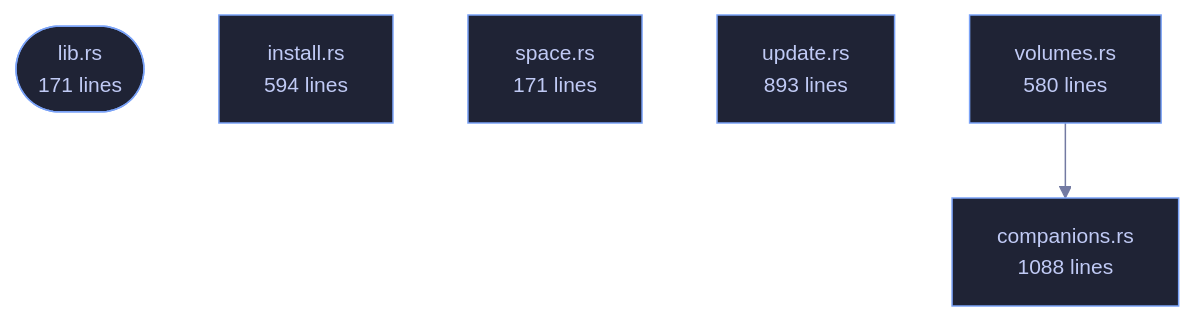
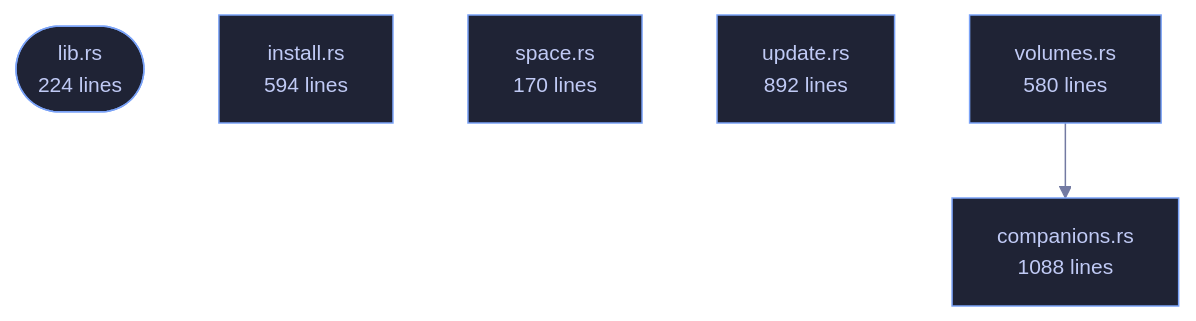
Before and after one commit to tilas01/veilvoice: the diagram in crates/veilvoice-setup/README.md, drawn with Mermaid. The commit also changed other lines of this file and 34 other files, not shown here.

````diff
--- a/crates/veilvoice-setup/README.md
+++ b/crates/veilvoice-setup/README.md
@@ -103,17 +108,17 @@
 ```mermaid
 %%{init: {"theme":"base","themeVariables":{"background":"#1a1b26","primaryColor":"#1f2335","primaryTextColor":"#c0caf5","primaryBorderColor":"#7aa2f7","secondaryColor":"#16161e","tertiaryColor":"#16161e","lineColor":"#737aa2","textColor":"#c0caf5","mainBkg":"#1f2335","nodeBorder":"#7aa2f7","clusterBkg":"#16161e","clusterBorder":"#2f3549","fontFamily":"ui-monospace, SFMono-Regular, Consolas, monospace","fontSize":"14px"}}}%%
 flowchart TD
-    n_lib(["lib.rs<br/>171 lines"])
+    n_lib(["lib.rs<br/>224 lines"])
     n_companions["companions.rs<br/>1088 lines"]
     n_install["install.rs<br/>594 lines"]
-    n_space["space.rs<br/>171 lines"]
-    n_update["update.rs<br/>893 lines"]
+    n_space["space.rs<br/>170 lines"]
+    n_update["update.rs<br/>892 lines"]
     n_volumes["volumes.rs<br/>580 lines"]
     n_volumes --> n_companions
     click n_lib href "https://github.com/tilas01/veilvoice/blob/main/crates/veilvoice-setup/src/lib.rs" "open the source"
     click n_companions href "https://github.com/tilas01/veilvoice/blob/main/crates/veilvoice-setup/src/companions.rs" "open the source"
     click n_install href "https://github.com/tilas01/veilvoice/blob/main/crates/veilvoice-setup/src/install.rs" "open the source"
     click n_space href "https://github.com/tilas01/veilvoice/blob/main/crates/veilvoice-setup/src/space.rs" "open the source"
     click n_update href "https://github.com/tilas01/veilvoice/blob/main/crates/veilvoice-setup/src/update.rs" "open the source"
     click n_volumes href "https://github.com/tilas01/veilvoice/blob/main/crates/veilvoice-setup/src/volumes.rs" "open the source"
 ```
````
